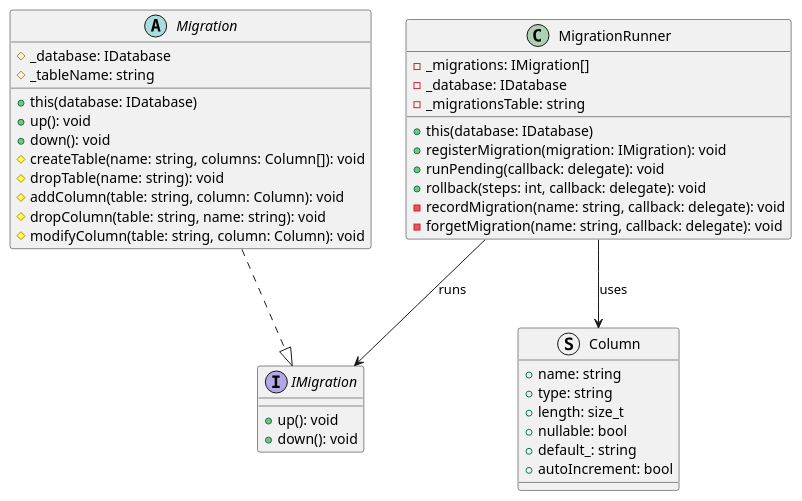
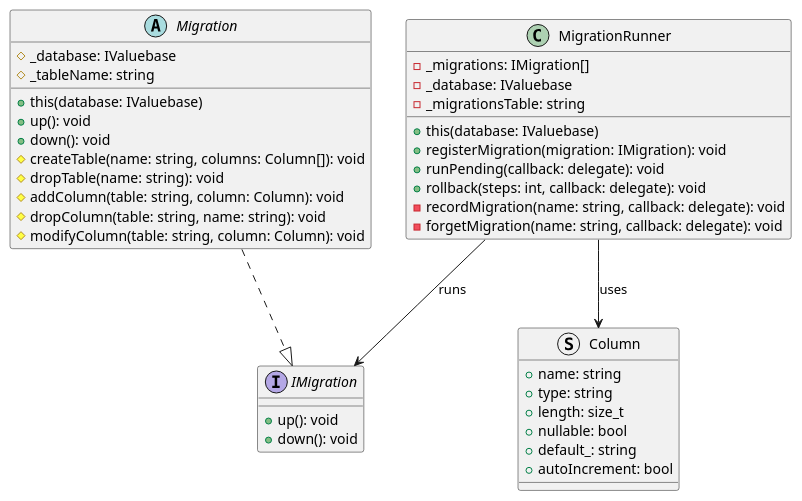
The sixth of 9 diagrams in orm/UML.md (UIMSolutions/uim-framework), drawn with PlantUML before and after one commit. The commit also changed other lines of this file and 29 other files, not shown here.

Commit message:
Refactor database and ORM interfaces to replace IDatabase with IValuebase for improved consistency and type safety

````diff
--- a/orm/UML.md
+++ b/orm/UML.md
@@ -282,50 +282,50 @@
 ```plantuml
 @startuml ORM_Migrations
 
 interface IMigration {
   + up(): void
   + down(): void
 }
 
 abstract class Migration {
-  # _database: IDatabase
+  # _database: IValuebase
   # _tableName: string
   
-  + this(database: IDatabase)
+  + this(database: IValuebase)
   + up(): void
   + down(): void
   # createTable(name: string, columns: Column[]): void
   # dropTable(name: string): void
   # addColumn(table: string, column: Column): void
   # dropColumn(table: string, name: string): void
   # modifyColumn(table: string, column: Column): void
 }
 
 class MigrationRunner {
   - _migrations: IMigration[]
-  - _database: IDatabase
+  - _database: IValuebase
   - _migrationsTable: string
   
-  + this(database: IDatabase)
+  + this(database: IValuebase)
   + registerMigration(migration: IMigration): void
   + runPending(callback: delegate): void
   + rollback(steps: int, callback: delegate): void
   - recordMigration(name: string, callback: delegate): void
   - forgetMigration(name: string, callback: delegate): void
 }
 
 struct Column {
   + name: string
   + type: string
   + length: size_t
   + nullable: bool
   + default_: string
   + autoIncrement: bool
 }
 
 Migration ..|> IMigration
 MigrationRunner --> IMigration : runs
 MigrationRunner --> Column : uses
 
 @enduml
 ```
````
